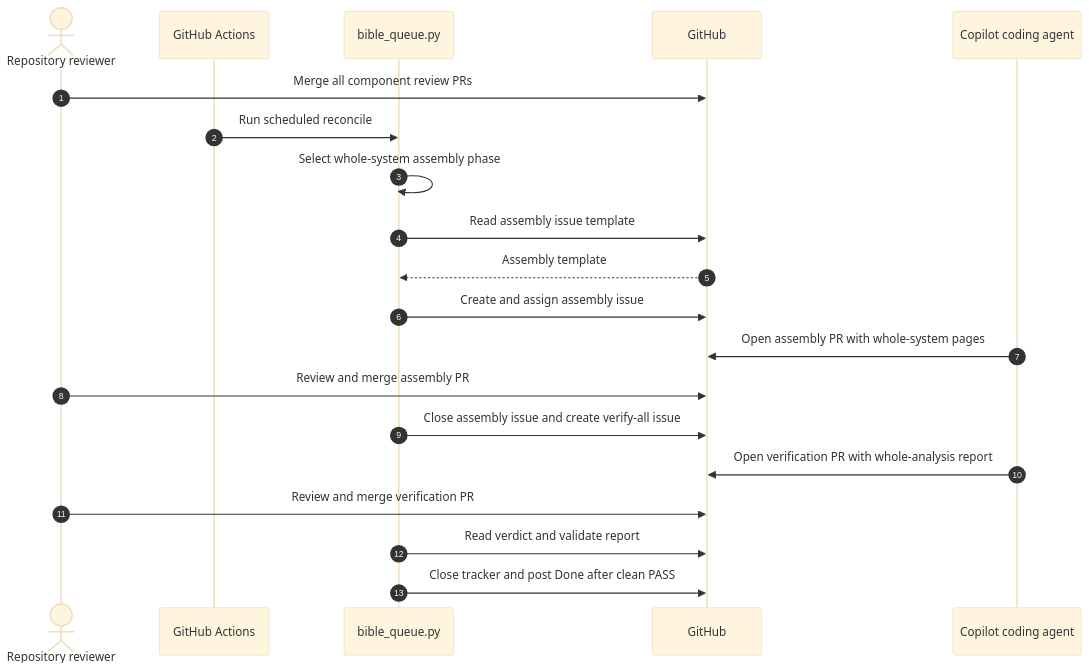
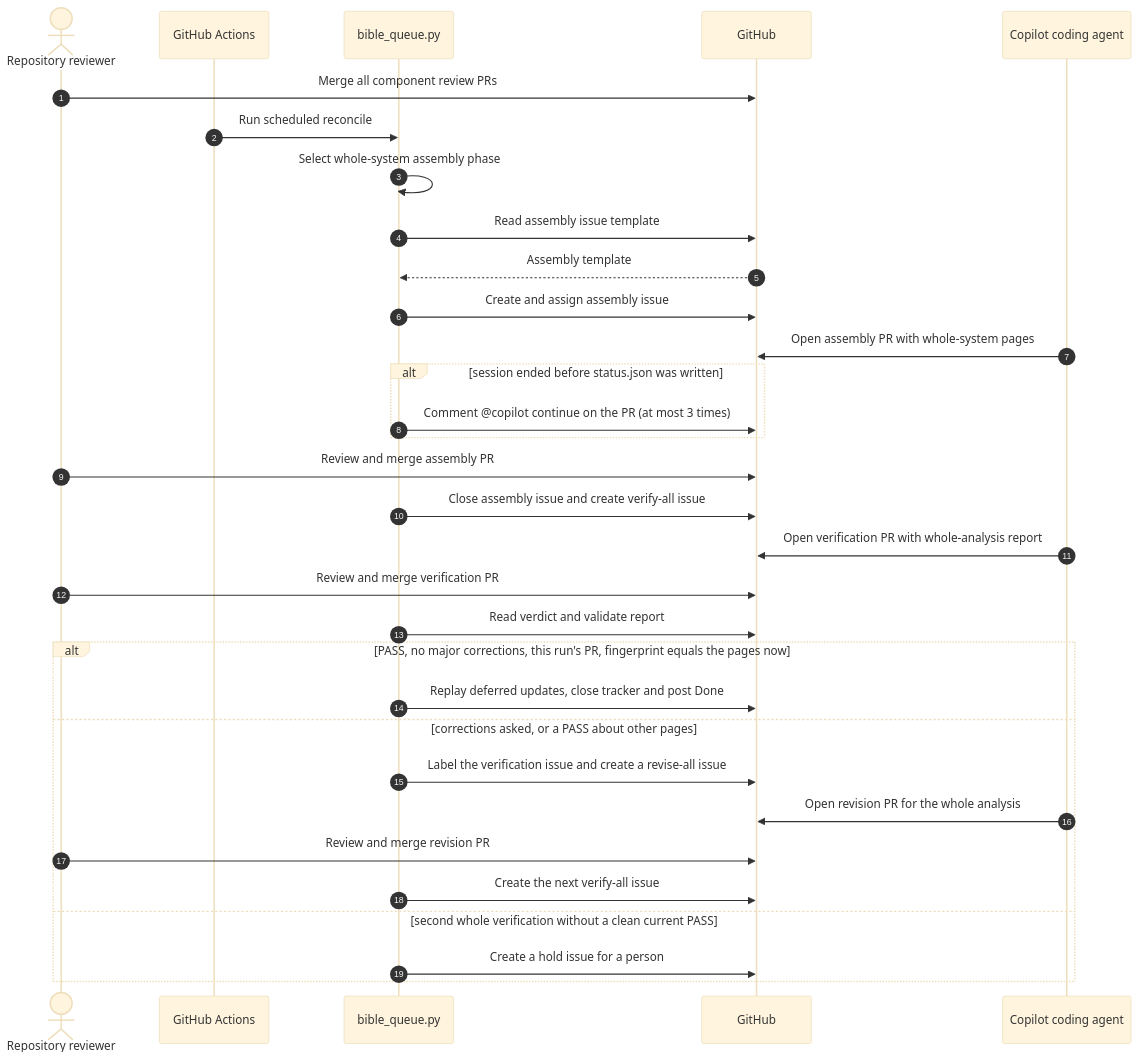
Before and after one commit to vishalc412/bible-mode-b-test: the fourth of 10 diagrams in codebase-analysis/hld/05-key-flows.md, drawn with Mermaid (base theme). The commit also changed other lines of this file and 38 other files, not shown here.

First line of the commit message:
fix(analysis): apply the round-3 verification's corrections (stand-in for Copilot)

````diff
--- a/codebase-analysis/hld/05-key-flows.md
+++ b/codebase-analysis/hld/05-key-flows.md
@@ -154,22 +168,34 @@
 ```mermaid
 sequenceDiagram
   autonumber
   actor Reviewer as Repository reviewer
   participant Actions as GitHub Actions
   participant Queue as bible_queue.py
   participant API as GitHub
   participant Agent as Copilot coding agent
   Reviewer->>API: Merge all component review PRs
   Actions->>Queue: Run scheduled reconcile
   Queue->>Queue: Select whole-system assembly phase
   Queue->>API: Read assembly issue template
   API-->>Queue: Assembly template
   Queue->>API: Create and assign assembly issue
   Agent->>API: Open assembly PR with whole-system pages
+  alt session ended before status.json was written
+    Queue->>API: Comment @copilot continue on the PR (at most 3 times)
+  end
   Reviewer->>API: Review and merge assembly PR
   Queue->>API: Close assembly issue and create verify-all issue
   Agent->>API: Open verification PR with whole-analysis report
   Reviewer->>API: Review and merge verification PR
   Queue->>API: Read verdict and validate report
-  Queue->>API: Close tracker and post Done after clean PASS
+  alt PASS, no major corrections, this run's PR, fingerprint equals the pages now
+    Queue->>API: Replay deferred updates, close tracker and post Done
+  else corrections asked, or a PASS about other pages
+    Queue->>API: Label the verification issue and create a revise-all issue
+    Agent->>API: Open revision PR for the whole analysis
+    Reviewer->>API: Review and merge revision PR
+    Queue->>API: Create the next verify-all issue
+  else second whole verification without a clean current PASS
+    Queue->>API: Create a hold issue for a person
+  end
 ```
````
